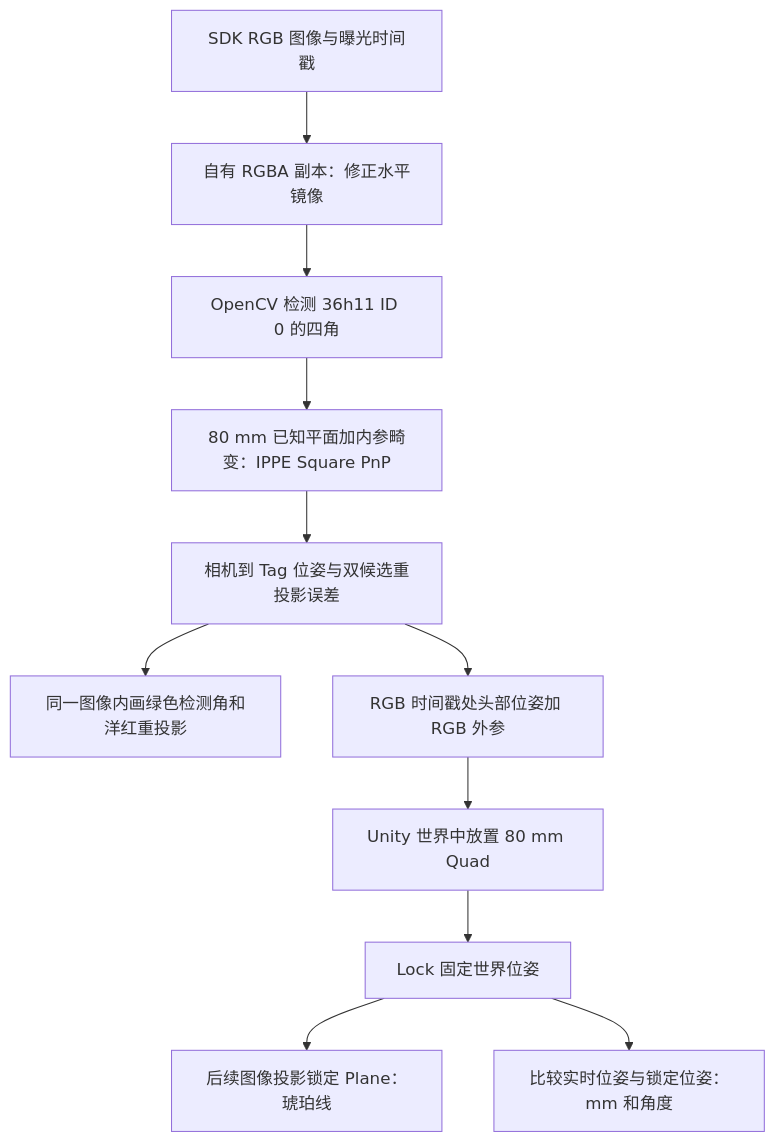
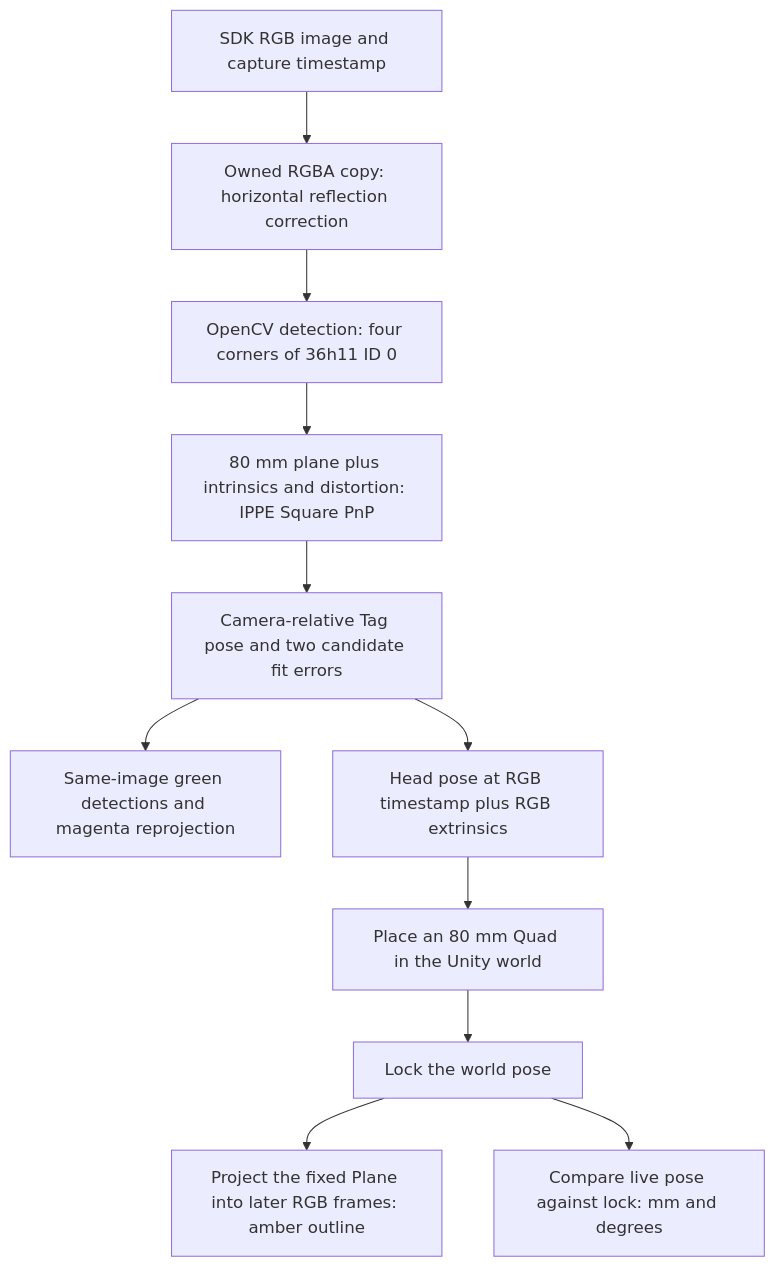
One commit to HMS-Unity/SiNGRAY_G2_NativeSDK changed the diagram in Assets/XRFoundation/SampleScenes/RgbTagAlignment/README.md. Above: the diagram before and after it, drawn with Mermaid. The commit also changed other lines of this file and 2 other files, not shown here.

Commit message:
docs(rgb): make the complete alignment demo English-only

````diff
--- a/Assets/XRFoundation/SampleScenes/RgbTagAlignment/README.md
+++ b/Assets/XRFoundation/SampleScenes/RgbTagAlignment/README.md
@@ -22,13 +29,13 @@
 ```mermaid
 flowchart TD
-    A[SDK RGB 图像与曝光时间戳] --> B[自有 RGBA 副本：修正水平镜像]
-    B --> C[OpenCV 检测 36h11 ID 0 的四角]
-    C --> D[80 mm 已知平面加内参畸变：IPPE Square PnP]
-    D --> E[相机到 Tag 位姿与双候选重投影误差]
-    E --> F[同一图像内画绿色检测角和洋红重投影]
-    E --> G[RGB 时间戳处头部位姿加 RGB 外参]
-    G --> H[Unity 世界中放置 80 mm Quad]
-    H --> I[Lock 固定世界位姿]
-    I --> J[后续图像投影锁定 Plane：琥珀线]
-    I --> K[比较实时位姿与锁定位姿：mm 和角度]
+    A[SDK RGB image and capture timestamp] --> B[Owned RGBA copy: horizontal reflection correction]
+    B --> C[OpenCV detection: four corners of 36h11 ID 0]
+    C --> D[80 mm plane plus intrinsics and distortion: IPPE Square PnP]
+    D --> E[Camera-relative Tag pose and two candidate fit errors]
+    E --> F[Same-image green detections and magenta reprojection]
+    E --> G[Head pose at RGB timestamp plus RGB extrinsics]
+    G --> H[Place an 80 mm Quad in the Unity world]
+    H --> I[Lock the world pose]
+    I --> J[Project the fixed Plane into later RGB frames: amber outline]
+    I --> K[Compare live pose against lock: mm and degrees]
 ```
````
